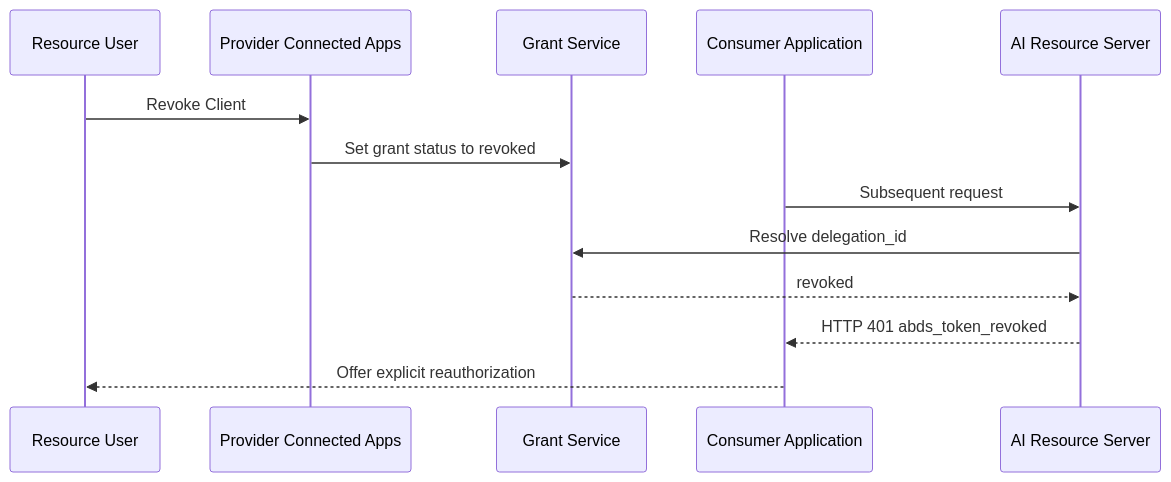
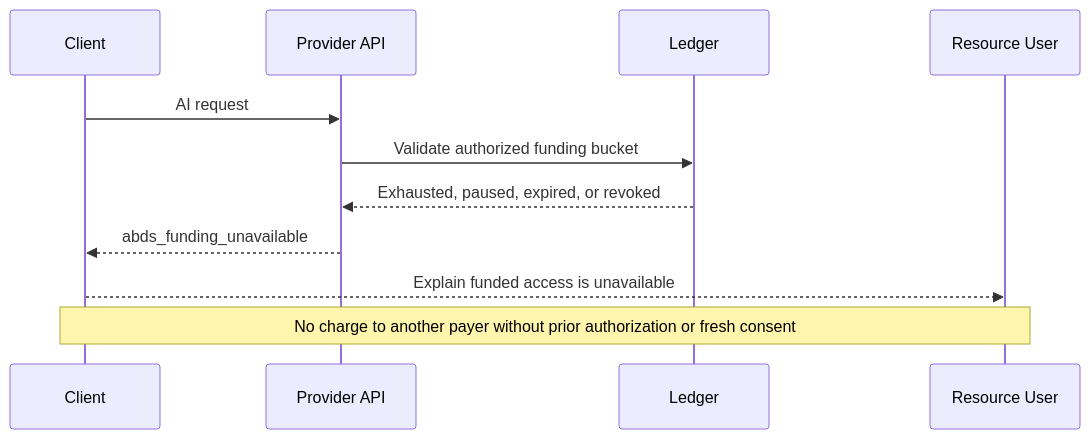
One commit to MJohnstonAI/ai-billing-delegation changed diagram 11 of 11 in FLOWS.md. Above: the diagram before and after it, drawn with Mermaid. The commit also changed other lines of this file, not shown here.

Commit message:
docs: replace legacy diagrams with ABDS v0.5 flows

````diff
--- a/FLOWS.md
+++ b/FLOWS.md
@@ -104,16 +214,14 @@
 ```mermaid
 sequenceDiagram
+    participant A as Client
+    participant API as Provider API
+    participant L as Ledger
     participant U as Resource User
-    participant D as Provider Connected Apps
-    participant G as Grant Service
-    participant A as Consumer Application
-    participant API as AI Resource Server
 
-    U->>D: Revoke Client
-    D->>G: Set grant status to revoked
-    A->>API: Subsequent request
-    API->>G: Resolve delegation_id
-    G-->>API: revoked
-    API-->>A: HTTP 401 abds_token_revoked
-    A-->>U: Offer explicit reauthorization
+    A->>API: AI request
+    API->>L: Validate authorized funding bucket
+    L-->>API: Exhausted, paused, expired, or revoked
+    API-->>A: abds_funding_unavailable
+    A-->>U: Explain funded access is unavailable
+    Note over A,U: No charge to another payer without prior authorization or fresh consent
 ```
````
